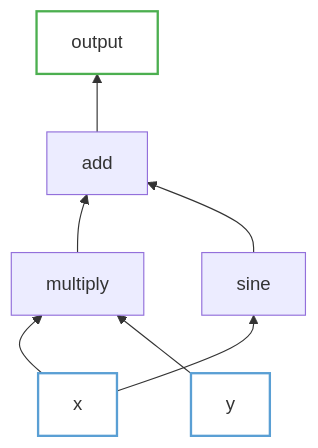
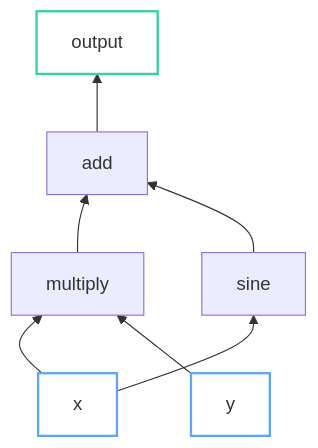
Before and after one commit to bolu-atx/bolu-atx.github.io: the first of 9 diagrams in _posts/2025-06-15-autodiff-rust-part1-graphs.md, drawn with Mermaid. The commit also changed other lines of this file and 5 other files, not shown here.

First line of the commit message:
Add dark mode support for Mermaid diagrams

````diff
--- a/_posts/2025-06-15-autodiff-rust-part1-graphs.md
+++ b/_posts/2025-06-15-autodiff-rust-part1-graphs.md
@@ -40,20 +40,21 @@
 ```mermaid
 graph BT
     x["x"]
     y["y"]
     mul["multiply"]
     sin["sine"]
     add["add"]
     out["output"]
 
     x --> mul
     y --> mul
     x --> sin
     mul --> add
     sin --> add
     add --> out
 
-    style x fill:none,stroke:#5a9fd4,stroke-width:2px
-    style y fill:none,stroke:#5a9fd4,stroke-width:2px
-    style out fill:none,stroke:#4CAF50,stroke-width:2px
+    classDef input fill:none,stroke:#60a5fa,stroke-width:2px
+    classDef output fill:none,stroke:#34d399,stroke-width:2px
+    class x,y input
+    class out output
 ```
````
